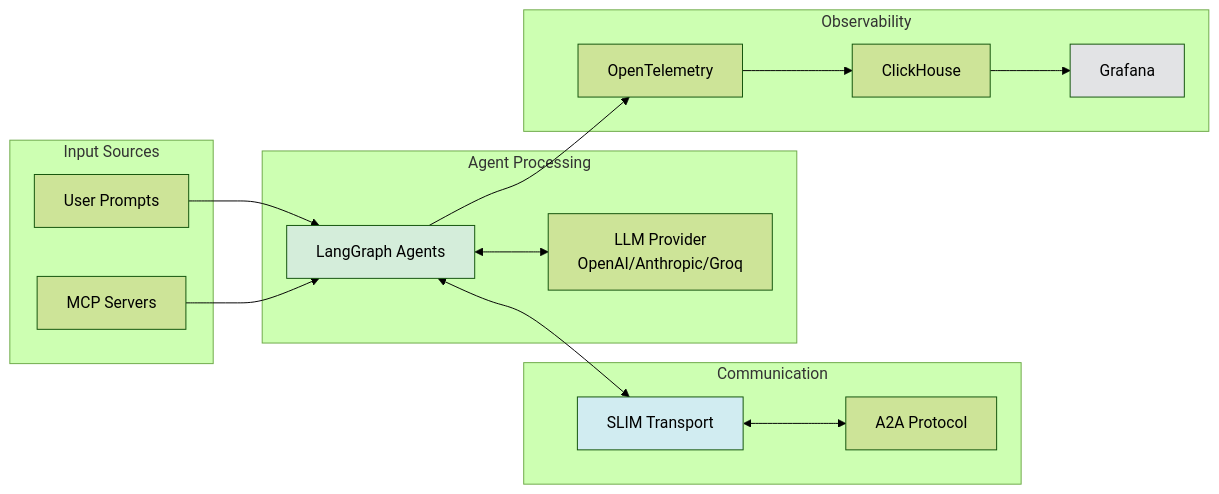
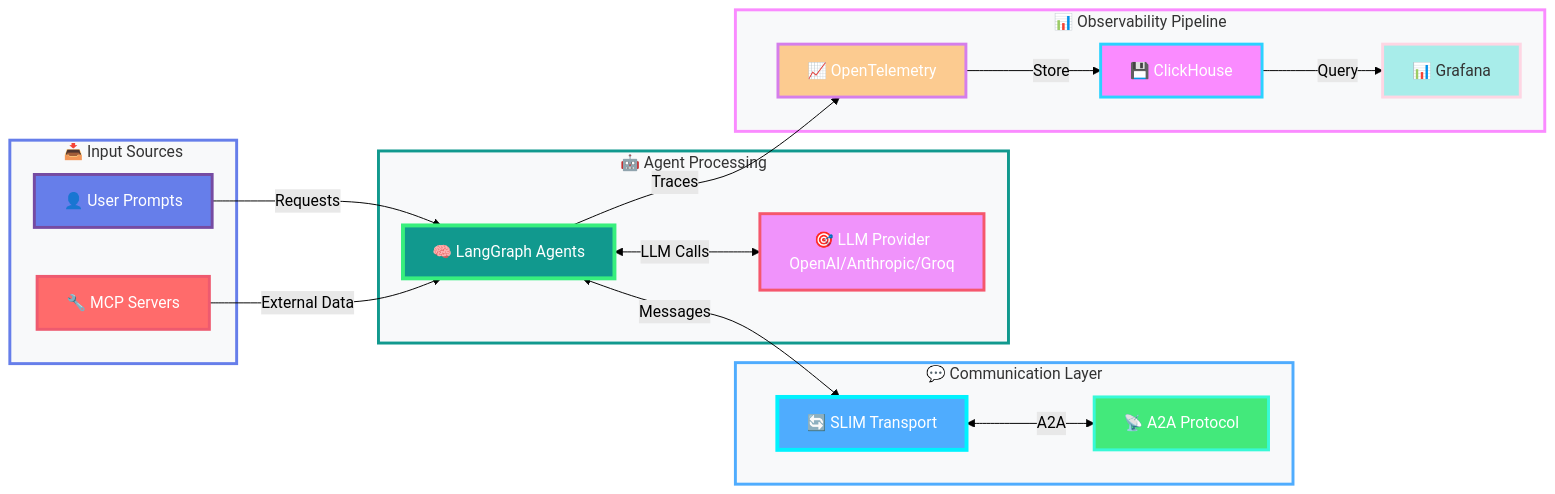
One commit to rjamoriz/Agentcy-Multiagents changed the third of 4 diagrams in README.md. Above: the diagram before and after it, drawn with Mermaid (forest theme). The commit also changed other lines of this file, not shown here.

First line of the commit message:
🎨 Update Mermaid diagrams with vibrant gradient colors and emojis

````diff
--- a/README.md
+++ b/README.md
@@ -129,36 +167,50 @@
 ```mermaid
 flowchart LR
-    subgraph "Input Sources"
-        A[User Prompts]
-        B[MCP Servers]
+    subgraph INPUT["📥 Input Sources"]
+        A[👤 User Prompts]
+        B[🔧 MCP Servers]
     end
     
-    subgraph "Agent Processing"
-        C[LangGraph Agents]
-        D[LLM Provider<br/>OpenAI/Anthropic/Groq]
+    subgraph AGENTS["🤖 Agent Processing"]
+        C[🧠 LangGraph Agents]
+        D[🎯 LLM Provider<br/>OpenAI/Anthropic/Groq]
     end
     
-    subgraph "Communication"
-        E[SLIM Transport]
-        F[A2A Protocol]
+    subgraph COMM["💬 Communication Layer"]
+        E[🔄 SLIM Transport]
+        F[📡 A2A Protocol]
     end
     
-    subgraph "Observability"
-        G[OpenTelemetry]
-        H[ClickHouse]
-        I[Grafana]
+    subgraph OBS["📊 Observability Pipeline"]
+        G[📈 OpenTelemetry]
+        H[💾 ClickHouse]
+        I[📊 Grafana]
     end
     
-    A --> C
-    B --> C
-    C <--> D
-    C <--> E
-    E <--> F
-    C --> G
-    G --> H
-    H --> I
+    A -->|Requests| C
+    B -->|External Data| C
+    C <-->|LLM Calls| D
+    C <-->|Messages| E
+    E <-->|A2A| F
+    C -->|Traces| G
+    G -->|Store| H
+    H -->|Query| I
     
-    style C fill:#d4edda
-    style E fill:#d1ecf1
-    style I fill:#e2e3e5
+    style A fill:#667eea,stroke:#764ba2,stroke-width:3px,color:#fff
+    style B fill:#ff6b6b,stroke:#ee5a6f,stroke-width:3px,color:#fff
+    
+    style C fill:#11998e,stroke:#38ef7d,stroke-width:4px,color:#fff
+    style D fill:#f093fb,stroke:#f5576c,stroke-width:3px,color:#fff
+    
+    style E fill:#4facfe,stroke:#00f2fe,stroke-width:4px,color:#fff
+    style F fill:#43e97b,stroke:#38f9d7,stroke-width:3px,color:#fff
+    
+    style G fill:#fccb90,stroke:#d57eeb,stroke-width:3px,color:#fff
+    style H fill:#fa8bff,stroke:#2bd2ff,stroke-width:3px,color:#fff
+    style I fill:#a8edea,stroke:#fed6e3,stroke-width:3px,color:#333
+    
+    style INPUT fill:#f8f9fa,stroke:#667eea,stroke-width:3px
+    style AGENTS fill:#f8f9fa,stroke:#11998e,stroke-width:3px
+    style COMM fill:#f8f9fa,stroke:#4facfe,stroke-width:3px
+    style OBS fill:#f8f9fa,stroke:#fa8bff,stroke-width:3px
 ```
````
